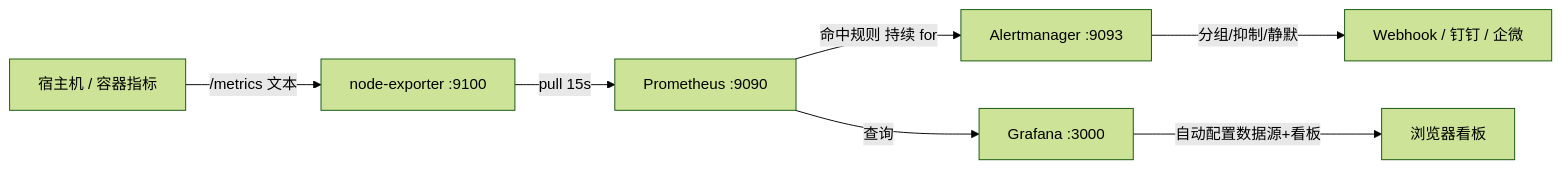
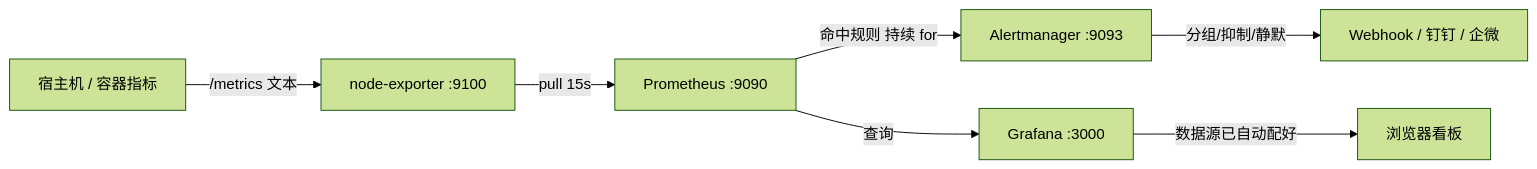
Before and after one commit to swdscsc/docker-monitoring-stack: the diagram in README.md, drawn with Mermaid (forest theme). The commit also changed other lines of this file, not shown here.

````diff
--- a/README.md
+++ b/README.md
@@ -15,9 +15,9 @@
 ```mermaid
 flowchart LR
     HOST[宿主机 / 容器指标] -->|/metrics 文本| NE[node-exporter :9100]
     NE -->|pull 15s| PROM[Prometheus :9090]
     PROM -->|命中规则 持续 for| AM[Alertmanager :9093]
     AM -->|分组/抑制/静默| HOOK[Webhook / 钉钉 / 企微]
     PROM -->|查询| GRAF[Grafana :3000]
-    GRAF -->|自动配置数据源+看板| USER[浏览器看板]
+    GRAF -->|数据源已自动配好| USER[浏览器看板]
 ```
````
